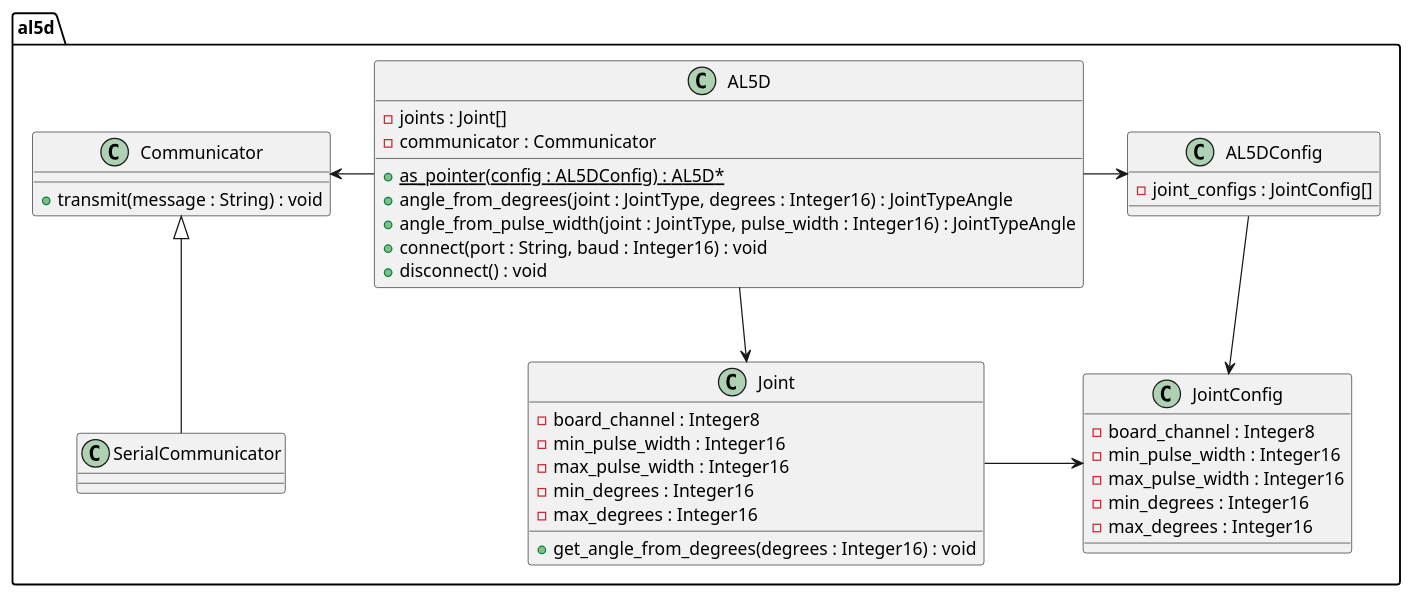
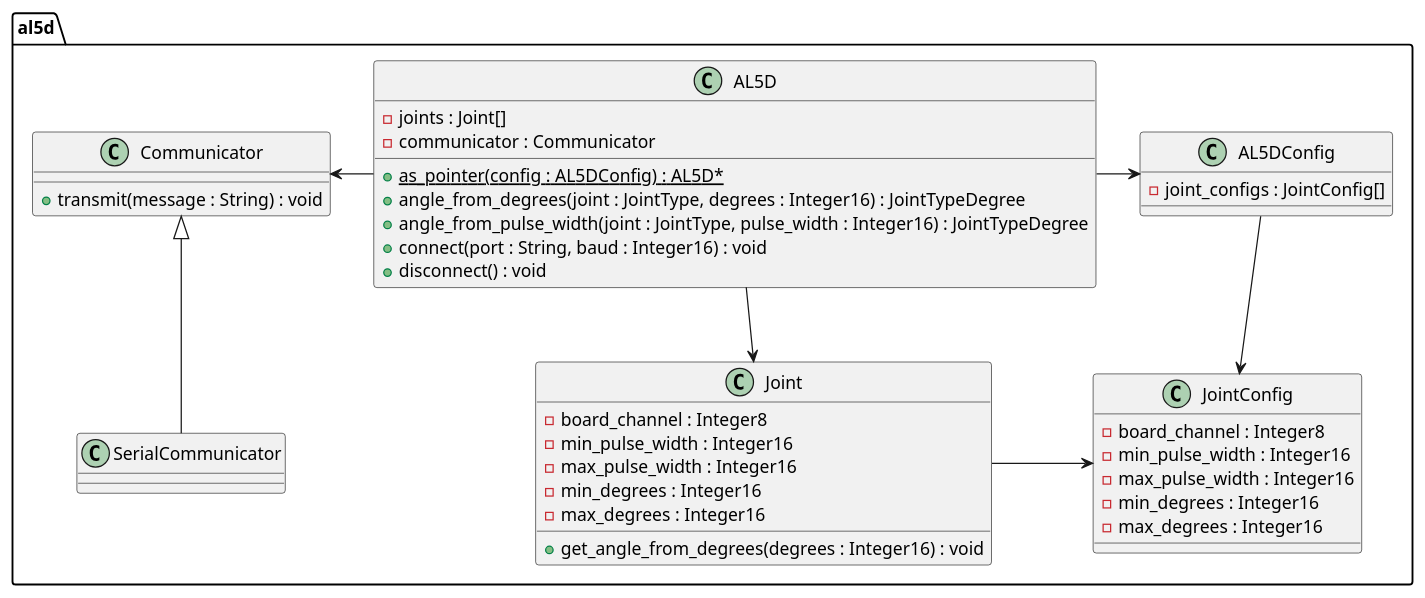
The diagram in doc/class_design.puml (bscp/al5d_cpp), drawn with PlantUML before and after one commit. The commit also changed 9 other files, not shown here.

```diff
--- a/doc/class_design.puml
+++ b/doc/class_design.puml
@@ -1,47 +1,47 @@
 @startuml
 
 namespace al5d {
     class AL5D {
         - joints : Joint[]
         - communicator : Communicator
         + {static} as_pointer(config : AL5DConfig) : AL5D*
-        + angle_from_degrees(joint : JointType, degrees : Integer16) : JointTypeAngle
-        + angle_from_pulse_width(joint : JointType, pulse_width : Integer16) : JointTypeAngle
+        + angle_from_degrees(joint : JointType, degrees : Integer16) : JointTypeDegree
+        + angle_from_pulse_width(joint : JointType, pulse_width : Integer16) : JointTypeDegree
         + connect(port : String, baud : Integer16) : void
         + disconnect() : void
     }
 
     class Joint {
         - board_channel : Integer8
         - min_pulse_width : Integer16
         - max_pulse_width : Integer16
         - min_degrees : Integer16
         - max_degrees : Integer16
         + get_angle_from_degrees(degrees : Integer16) : void
     }
 
     class AL5DConfig {
         - joint_configs : JointConfig[]
     }
 
     class JointConfig {
         - board_channel : Integer8
         - min_pulse_width : Integer16
         - max_pulse_width : Integer16
         - min_degrees : Integer16
         - max_degrees : Integer16
     }
 
     class Communicator {
         + transmit(message : String) : void
     }
 
     AL5D -> Joint
     Communicator <- AL5D
     Communicator <|-- SerialCommunicator
     AL5D -> AL5DConfig
     Joint -> JointConfig
     AL5DConfig --> JointConfig
 }
 
 @enduml
```
